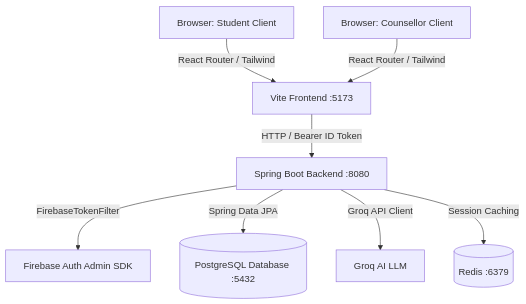
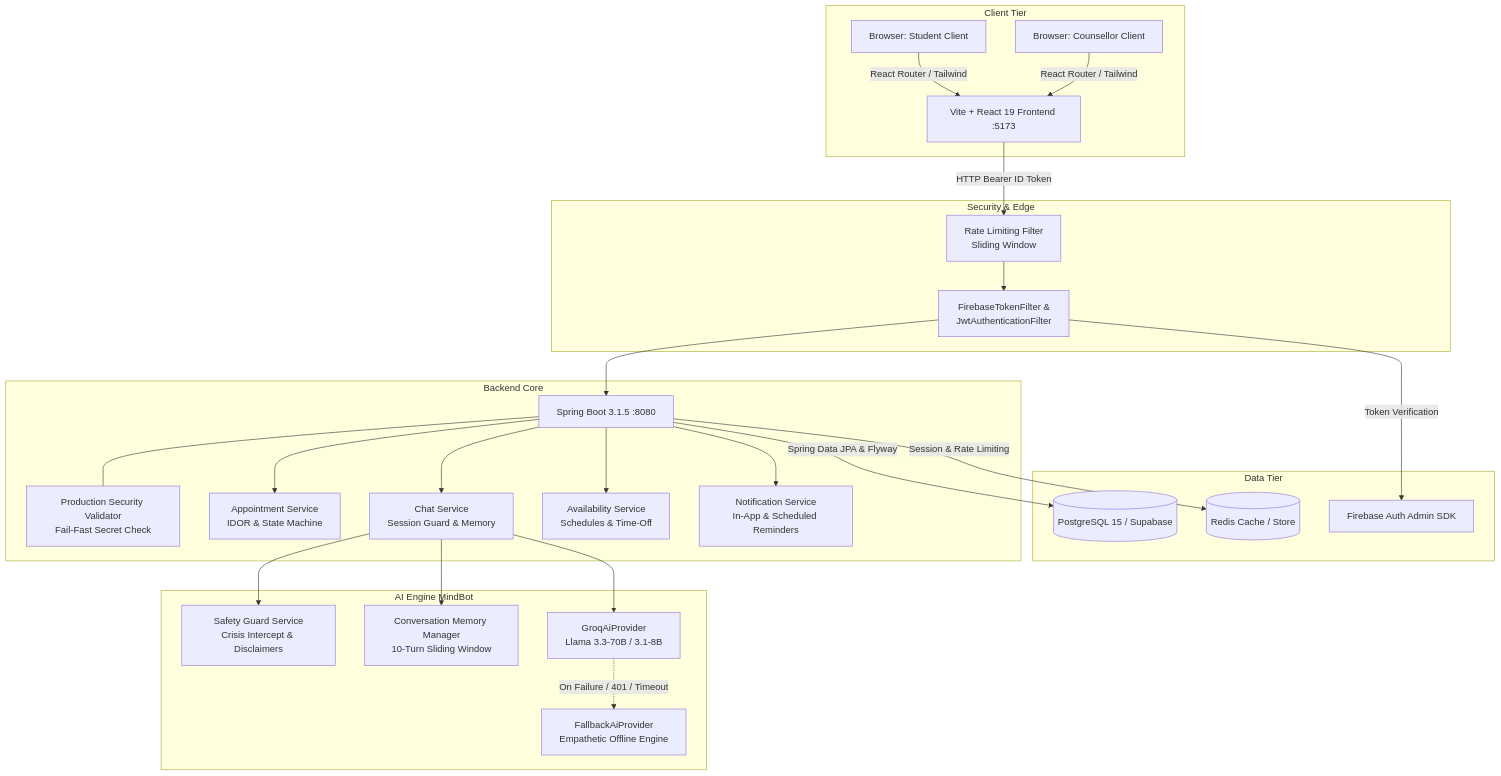
The diagram in README.md (piyush-ghoshi/Mindful), drawn with Mermaid before and after one commit. The commit also changed other lines of this file and 38 other files, not shown here.

First line of the commit message:
feat: complete production readiness, security hardening, and MindBot AI architecture

````diff
--- a/README.md
+++ b/README.md
@@ -20,10 +21,52 @@
 ```mermaid
 graph TD
-    Student[Browser: Student Client] -->|React Router / Tailwind| FE[Vite Frontend :5173]
-    Counsellor[Browser: Counsellor Client] -->|React Router / Tailwind| FE
-    FE -->|HTTP / Bearer ID Token| BE[Spring Boot Backend :8080]
-    BE -->|FirebaseTokenFilter| FB[Firebase Auth Admin SDK]
-    BE -->|Spring Data JPA| DB[(PostgreSQL Database :5432)]
-    BE -->|Groq API Client| LLM[Groq AI LLM]
-    BE -->|Session Caching| RD[(Redis :6379)]
+    subgraph Client Tier
+        Student[Browser: Student Client]
+        Counsellor[Browser: Counsellor Client]
+        FE[Vite + React 19 Frontend :5173]
+        Student -->|React Router / Tailwind| FE
+        Counsellor -->|React Router / Tailwind| FE
+    end
+
+    subgraph Security & Edge
+        RL[Rate Limiting Filter<br/>Sliding Window]
+        AUTH[FirebaseTokenFilter &<br/>JwtAuthenticationFilter]
+        FE -->|HTTP Bearer ID Token| RL
+        RL --> AUTH
+    end
+
+    subgraph Backend Core
+        BE[Spring Boot 3.1.5 :8080]
+        AUTH --> BE
+        SEC_VAL[Production Security Validator<br/>Fail-Fast Secret Check]
+        BE --- SEC_VAL
+        APPT[Appointment Service<br/>IDOR & State Machine]
+        CHAT[Chat Service<br/>Session Guard & Memory]
+        AVAIL[Availability Service<br/>Schedules & Time-Off]
+        NOTIF[Notification Service<br/>In-App & Scheduled Reminders]
+        BE --> APPT
+        BE --> CHAT
+        BE --> AVAIL
+        BE --> NOTIF
+    end
+
+    subgraph AI Engine MindBot
+        SG[Safety Guard Service<br/>Crisis Intercept & Disclaimers]
+        MEM[Conversation Memory Manager<br/>10-Turn Sliding Window]
+        GROQ[GroqAiProvider<br/>Llama 3.3-70B / 3.1-8B]
+        FALLBACK[FallbackAiProvider<br/>Empathetic Offline Engine]
+        CHAT --> SG
+        CHAT --> MEM
+        CHAT --> GROQ
+        GROQ -.->|On Failure / 401 / Timeout| FALLBACK
+    end
+
+    subgraph Data Tier
+        DB[(PostgreSQL 15 / Supabase)]
+        RD[(Redis Cache / Store)]
+        FB[Firebase Auth Admin SDK]
+        BE -->|Spring Data JPA & Flyway| DB
+        BE -->|Session & Rate Limiting| RD
+        AUTH -->|Token Verification| FB
+    end
 ```
````
